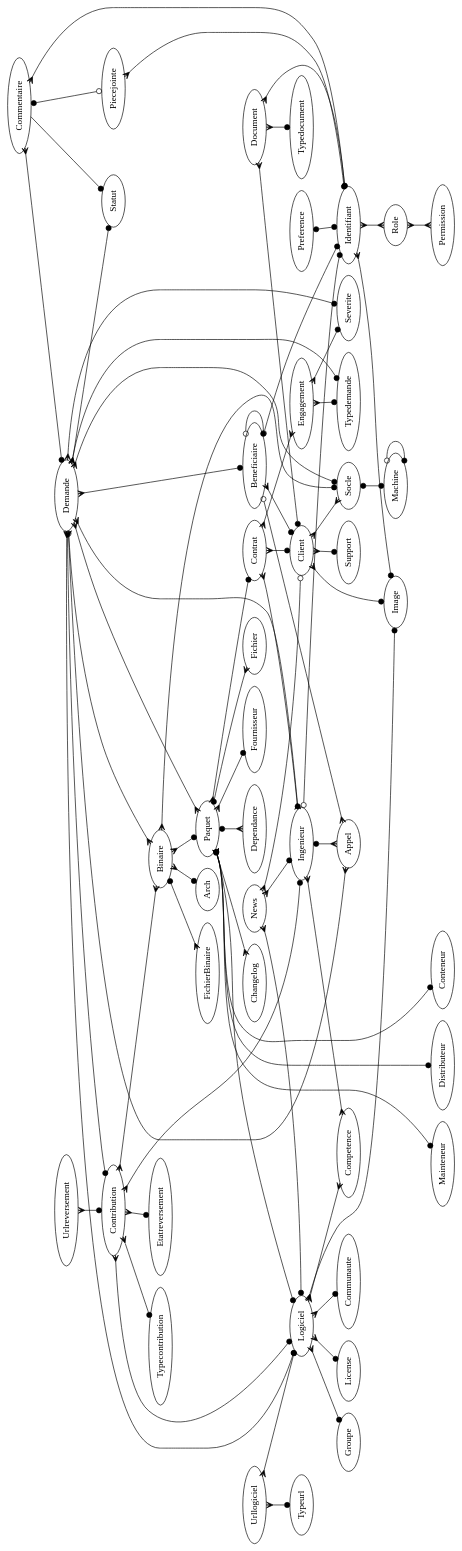
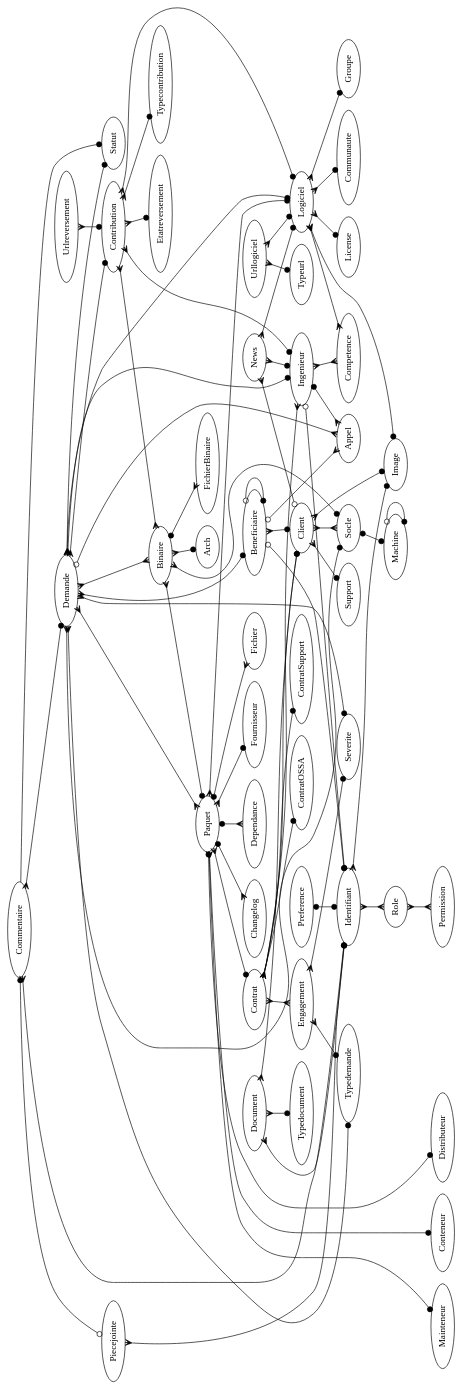
One commit to trivoallan/tosca changed the diagram in doc/modele_donnee.dot. Above: the diagram before and after it, drawn with Graphviz.

Commit message:
Mise à jour du modèle de données

```diff
--- a/doc/modele_donnee.dot
+++ b/doc/modele_donnee.dot
@@ -1,82 +1,88 @@
 digraph x {
 
 rotate=90;
 
 {rank=max; Distributeur Mainteneur Conteneur }
 
 Binaire -> Paquet [arrowhead=dot,arrowtail=crow,dir=both]
 Binaire -> Socle [arrowhead=dot,dir=both,arrowtail=crow]
 Binaire -> Arch [arrowhead=dot,dir=both,arrowtail=crow]
 Binaire -> FichierBinaire [arrowhead=crow,dir=both,arrowtail=dot]
 
 Beneficiaire -> Identifiant [arrowhead=dot,arrowtail=odot,dir=both]
 Beneficiaire -> Appel [arrowhead=crow,arrowtail=odot,dir=both]
 Beneficiaire -> Client [arrowhead=dot,dir=both,arrowtail=crow]
 Beneficiaire -> Beneficiaire [arrowhead=dot,arrowtail=odot,dir=both]
+
 Client -> Image [arrowhead=dot,dir=both,arrowtail=crow]
 Client -> Support [arrowhead=dot,dir=both,arrowtail=crow]
 Client -> Socle [arrowhead=crow,dir=both,arrowtail=crow]
+
 Commentaire -> Demande [arrowhead=dot,dir=both,arrowtail=crow]
 Commentaire -> Identifiant [arrowhead=dot,dir=both,arrowtail=crow]
 Commentaire -> Piecejointe [arrowhead=odot,dir=both,arrowtail=dot]
 Commentaire -> Statut [arrowhead=dot]
+
 Contrat -> Client [arrowhead=dot,dir=both,arrowtail=crow]
 Contrat -> Ingenieur [arrowhead=crow,arrowtail=crow,dir=both]
 Contrat -> Engagement [arrowhead=crow,arrowtail=crow,dir=both]
+Contrat -> ContratOSSA [arrowhead=dot,arrowtail=crow]
+Contrat -> ContratSupport [arrowhead=dot,arrowtail=crow]
+
 Identifiant -> Image [arrowhead=dot,dir=both,arrowtail=crow]
 Identifiant -> Role [arrowhead=crow,arrowtail=crow,dir=both]
 Ingenieur -> Competence [arrowhead=crow,arrowtail=crow,dir=both]
 Ingenieur -> Identifiant [arrowhead=dot,arrowtail=odot,dir=both]
 Ingenieur -> Appel [arrowhead=crow,dir=both,arrowtail=dot]
 
 Logiciel -> Competence [arrowhead=crow,arrowtail=crow,dir=both]
 Logiciel -> License [arrowhead=dot,dir=both,arrowtail=crow]
 Logiciel -> Communaute [arrowhead=dot,dir=both,arrowtail=crow]
 Logiciel -> Groupe [arrowhead=dot,dir=both,arrowtail=crow]
 Logiciel -> Image [arrowhead=dot,dir=both,arrowtail=crow]
 
 News -> Ingenieur [arrowhead=dot,dir=both,arrowtail=crow]
 News -> Client [arrowhead=odot,dir=both,arrowtail=crow]
 News -> Logiciel [arrowhead=dot,dir=both,arrowtail=crow]
 
 Paquet -> Logiciel [arrowhead=dot,dir=both,arrowtail=crow]
 Paquet -> Fournisseur [arrowhead=dot,dir=both,arrowtail=crow]
 Paquet -> Fichier [arrowhead=crow,dir=both,arrowtail=dot]
 Paquet -> Contrat [arrowhead=dot,dir=both,arrowtail=crow]
 Paquet -> Changelog [arrowhead=crow,dir=both,arrowtail=dot]
 Paquet -> Distributeur [arrowhead=dot,dir=both,arrowtail=dot]
 Paquet -> Dependance [arrowhead=crow,dir=both,arrowtail=dot]
 Paquet -> Mainteneur [arrowhead=dot,dir=both,arrowtail=crow]
 Paquet -> Conteneur [arrowhead=dot,dir=both,arrowtail=crow]
 Preference -> Identifiant [arrowhead=dot,arrowtail=dot,dir=both]
 Socle -> Machine [arrowhead=dot,dir=both,arrowtail=dot]
 Machine -> Machine [arrowhead=dot,dir=both,arrowtail=odot]
 Demande -> Typedemande [arrowhead=dot,dir=both,arrowtail=crow]
 Demande -> Logiciel [arrowhead=dot,dir=both,arrowtail=crow]
 Demande -> Severite [arrowhead=dot,dir=both,arrowtail=crow]
 Demande -> Beneficiaire [arrowhead=dot,dir=both,arrowtail=crow]
 Demande -> Socle [arrowhead=dot,dir=both,arrowtail=crow]
 Demande -> Statut [arrowhead=dot,dir=both,arrowtail=crow]
 Demande -> Ingenieur [arrowhead=dot,dir=both,arrowtail=crow]
 Demande -> Binaire [arrowhead=crow,arrowtail=crow,dir=both]
 Demande -> Paquet [arrowhead=crow,arrowtail=crow,dir=both]
 Demande -> Appel [arrowhead=crow,arrowtail=odot,dir=both]
 Urllogiciel -> Logiciel [arrowhead=dot,dir=both,arrowtail=crow]
 Urllogiciel -> Typeurl [arrowhead=dot,dir=both,arrowtail=crow]
 Engagement -> Severite [arrowhead=dot,dir=both,arrowtail=crow]
 Engagement -> Typedemande [arrowhead=dot,dir=both,arrowtail=crow]
 Role -> Permission [arrowhead=crow,arrowtail=crow,dir=both]
 Contribution -> Binaire [arrowhead=crow,arrowtail=crow,dir=both]
 Urlreversement -> Contribution [arrowhead=dot,dir=both,arrowtail=crow]
 Demande -> Contribution [arrowhead=dot,dir=both,arrowtail=crow]
 Contribution -> Etatreversement [arrowhead=dot,dir=both,arrowtail=crow]
 Contribution -> Typecontribution [arrowhead=dot,dir=both,arrowtail=crow]
 Contribution -> Logiciel [arrowhead=dot,dir=both,arrowtail=crow]
 Contribution -> Ingenieur [arrowhead=dot,dir=both,arrowtail=crow]
 Piecejointe -> Identifiant [arrowtail=crow,dir=both,arrowhead=dot]
 Document -> Client [arrowhead=dot,dir=both,arrowtail=crow]
 Document -> Typedocument [arrowhead=dot,dir=both,arrowtail=crow]
 Document -> Identifiant [arrowhead=dot,dir=both,arrowtail=crow]
 
 
 }
```
